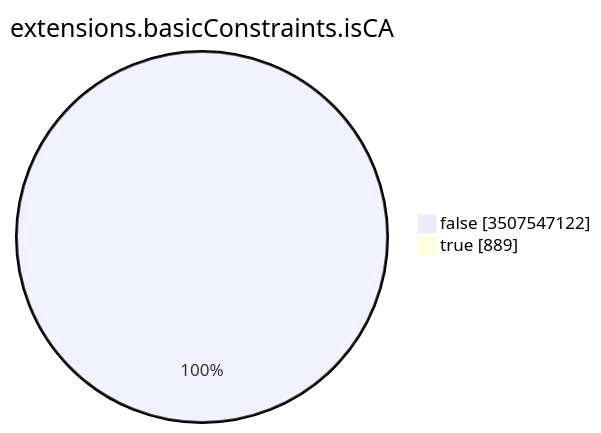
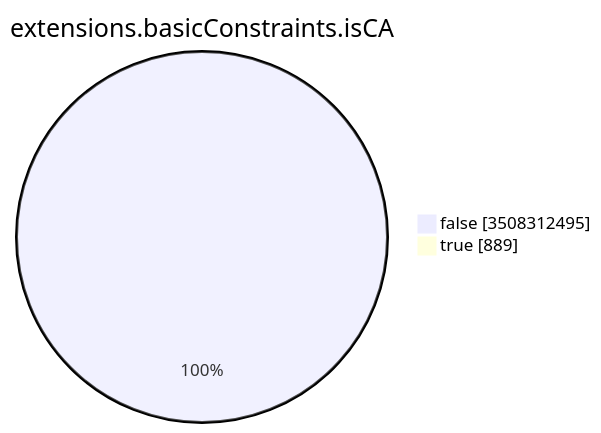
The seventh of 15 diagrams in TOTAL/README.md (christiankrug/ctmonitor_visualization), drawn with Mermaid before and after one commit. The commit also changed other lines of this file, not shown here.

````diff
--- a/TOTAL/README.md
+++ b/TOTAL/README.md
@@ -3094,6 +3094,6 @@
 ```mermaid
 pie showData
 title extensions.basicConstraints.isCA
-"false" :3507547122
+"false" :3508312495
 "true" :889
 ```
````
